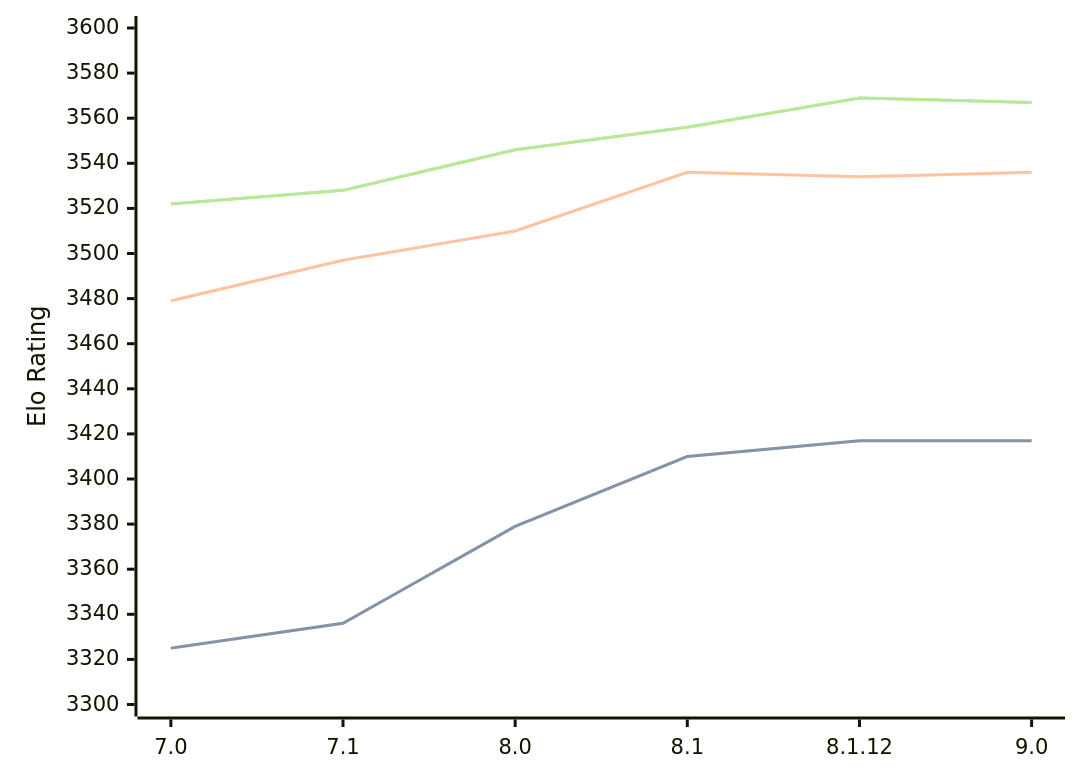
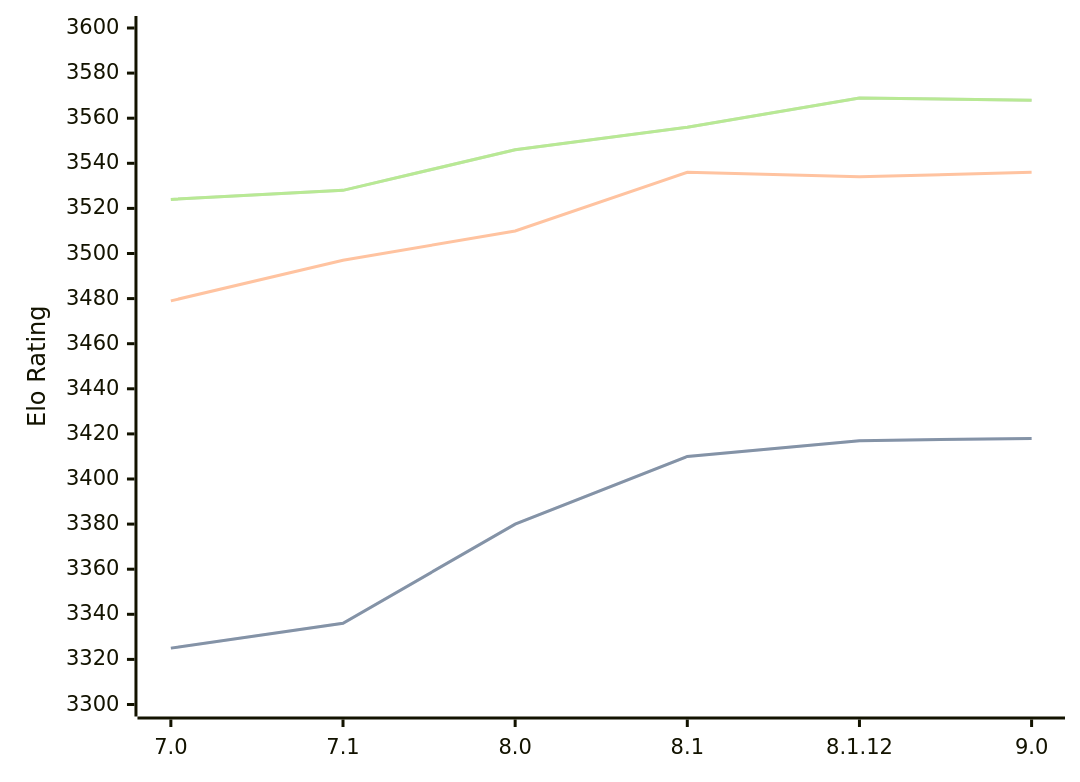
One commit to computer-chess-index/cci changed the diagram in engines/Alexandria.md. Above: the diagram before and after it, drawn with Mermaid. The commit also changed other lines of this file, not shown here.

Commit message:
Update CCI Ratings (ELO VLTC) - 2026-08-17

````diff
--- a/engines/Alexandria.md
+++ b/engines/Alexandria.md
@@ -36,11 +36,11 @@
 ```mermaid
 %%{init: {"theme":"base","themeVariables":{"seriesColors:['#a3a3a3','#222221','#faa371']}}}%%
 xychart-beta
   x-axis ["7.0", "7.1", "8.0", "8.1", "8.1.12", "9.0"]
   y-axis "Elo Rating" 3300 --> 3600
-  line "STC (8.0+0.08s)" [3325, 3336, 3379, 3410, 3417, 3417]
-  line "STC (8.0+0.08s)" [3325, 3336, 3379, 3410, 3417, 3417]
+  line "STC (8.0+0.08s)" [3325, 3336, 3380, 3410, 3417, 3418]
+  line "STC (8.0+0.08s)" [3325, 3336, 3380, 3410, 3417, 3418]
   line "LTC (60.0+0.60s)" [3479, 3497, 3510, 3536, 3534, 3536]
-  line "VLTC (2m24s+1.12s)" [3522, 3528, 3546, 3556, 3569, 3567]
-  line "VLTC (2m24s+1.12s)" [3522, 3528, 3546, 3556, 3569, 3567]
+  line "VLTC (2m24s+1.12s)" [3524, 3528, 3546, 3556, 3569, 3568]
+  line "VLTC (2m24s+1.12s)" [3524, 3528, 3546, 3556, 3569, 3568]
 ```
````
